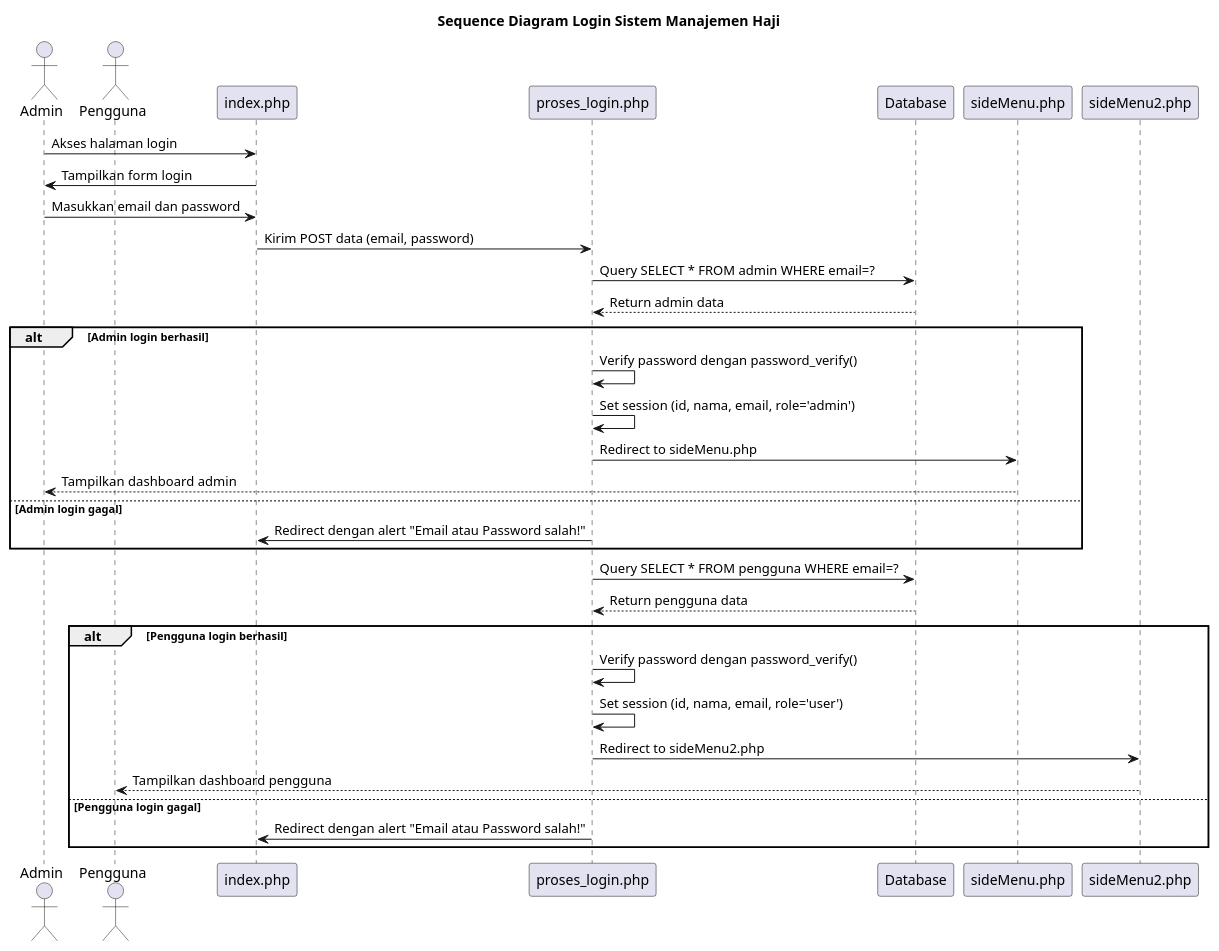
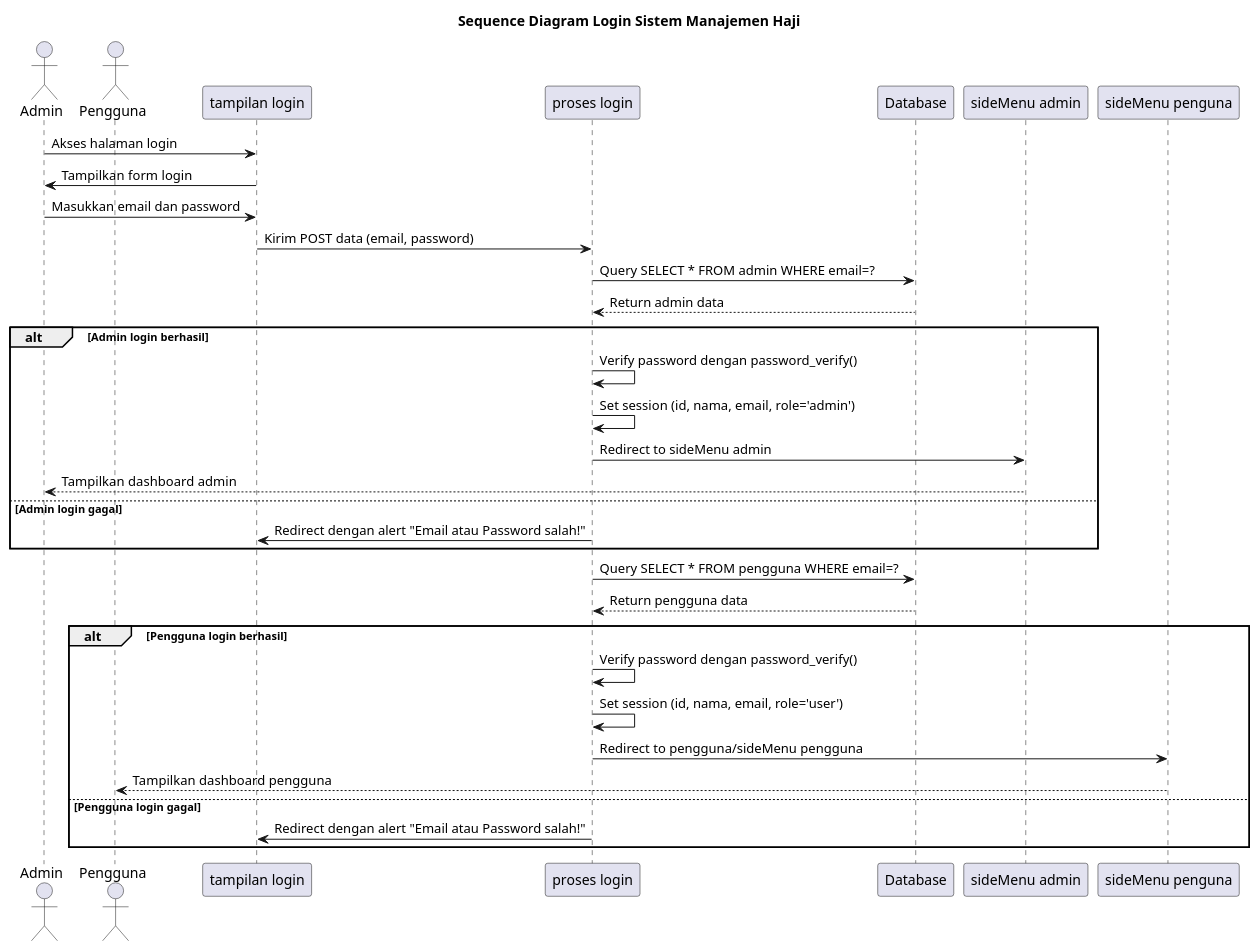
Before and after one commit to fauzirahayu/uzicom: the diagram in komponen/sequence_diagram_login.puml, drawn with PlantUML. The commit also changed 24 other files, not shown here.

```diff
--- a/komponen/sequence_diagram_login.puml
+++ b/komponen/sequence_diagram_login.puml
@@ -1,43 +1,43 @@
 @startuml Sequence Diagram Login
 
 title Sequence Diagram Login Sistem Manajemen Haji
 
 actor Admin as Admin
 actor Pengguna as User
-participant "index.php" as Index
-participant "proses_login.php" as Login
+participant "tampilan login" as Index
+participant "proses login" as Login
 participant "Database" as DB
-participant "sideMenu.php" as AdminMenu
-participant "sideMenu2.php" as UserMenu
+participant "sideMenu admin" as AdminMenu
+participant "sideMenu penguna" as UserMenu
 
 Admin -> Index: Akses halaman login
 Index -> Admin: Tampilkan form login
 
 Admin -> Index: Masukkan email dan password
 Index -> Login: Kirim POST data (email, password)
 
 Login -> DB: Query SELECT * FROM admin WHERE email=?
 DB --> Login: Return admin data
 
 alt Admin login berhasil
     Login -> Login: Verify password dengan password_verify()
     Login -> Login: Set session (id, nama, email, role='admin')
-    Login -> AdminMenu: Redirect to sideMenu.php
+    Login -> AdminMenu: Redirect to sideMenu admin
     AdminMenu --> Admin: Tampilkan dashboard admin
 else Admin login gagal
     Login -> Index: Redirect dengan alert "Email atau Password salah!"
 end
 
 Login -> DB: Query SELECT * FROM pengguna WHERE email=?
 DB --> Login: Return pengguna data
 
 alt Pengguna login berhasil
     Login -> Login: Verify password dengan password_verify()
     Login -> Login: Set session (id, nama, email, role='user')
-    Login -> UserMenu: Redirect to sideMenu2.php
+    Login -> UserMenu: Redirect to pengguna/sideMenu pengguna
     UserMenu --> User: Tampilkan dashboard pengguna
 else Pengguna login gagal
     Login -> Index: Redirect dengan alert "Email atau Password salah!"
 end
 
 @enduml
```
